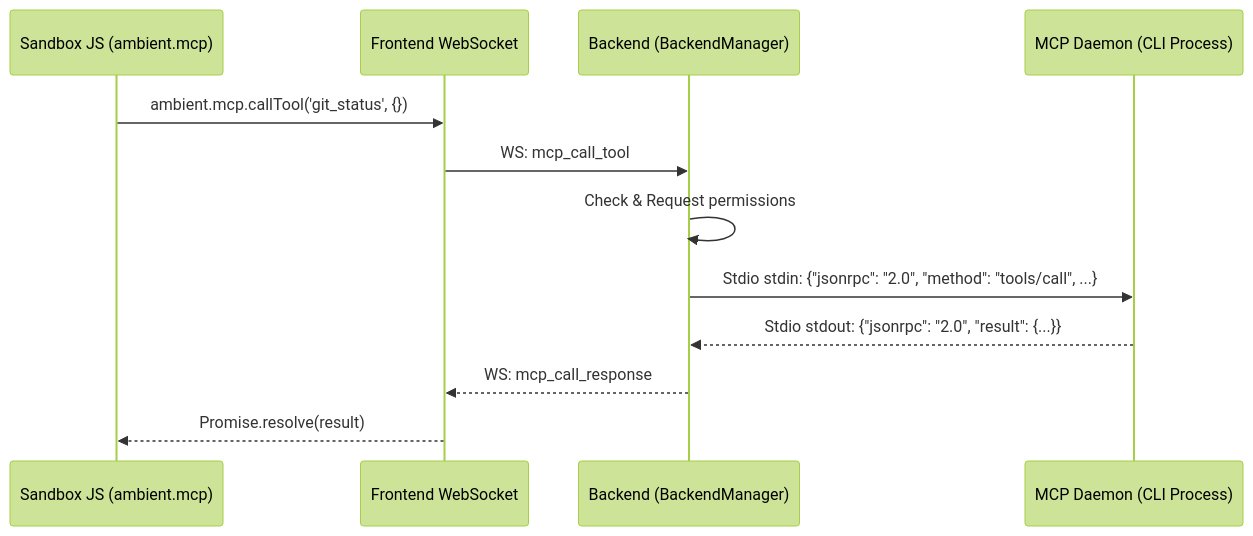
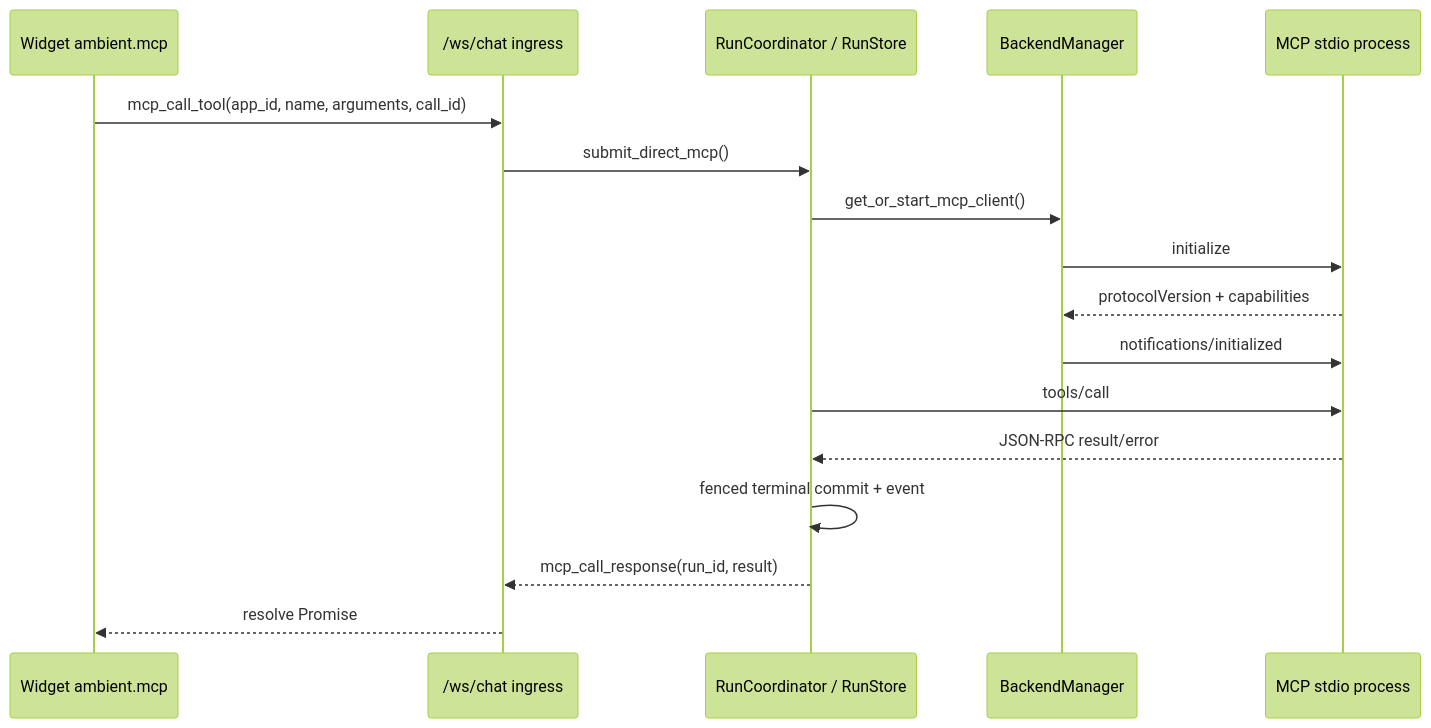
Before and after one commit to BillShiyaoZhang/ambient-agent: the diagram in docs/en/integrations/mcp.md, drawn with Mermaid (forest theme). The commit also changed other lines of this file and 83 other files, not shown here.

````diff
--- a/docs/en/integrations/mcp.md
+++ b/docs/en/integrations/mcp.md
@@ -9,15 +7,20 @@
 ```mermaid
 sequenceDiagram
-    participant Widget as Sandbox JS (ambient.mcp)
-    participant FE as Frontend WebSocket
-    participant BE as Backend (BackendManager)
-    participant Daemon as MCP Daemon (CLI Process)
+    participant Widget as Widget ambient.mcp
+    participant WS as /ws/chat ingress
+    participant Run as RunCoordinator / RunStore
+    participant BM as BackendManager
+    participant MCP as MCP stdio process
 
-    Widget->>FE: ambient.mcp.callTool('git_status', {})
-    FE->>BE: WS: mcp_call_tool
-    BE->>BE: Check & Request permissions
-    BE->>Daemon: Stdio stdin: {"jsonrpc": "2.0", "method": "tools/call", ...}
-    Daemon-->>BE: Stdio stdout: {"jsonrpc": "2.0", "result": {...}}
-    BE-->>FE: WS: mcp_call_response
-    FE-->>Widget: Promise.resolve(result)
+    Widget->>WS: mcp_call_tool(app_id, name, arguments, call_id)
+    WS->>Run: submit_direct_mcp()
+    Run->>BM: get_or_start_mcp_client()
+    BM->>MCP: initialize
+    MCP-->>BM: protocolVersion + capabilities
+    BM->>MCP: notifications/initialized
+    Run->>MCP: tools/call
+    MCP-->>Run: JSON-RPC result/error
+    Run->>Run: fenced terminal commit + event
+    Run-->>WS: mcp_call_response(run_id, result)
+    WS-->>Widget: resolve Promise
 ```
````
